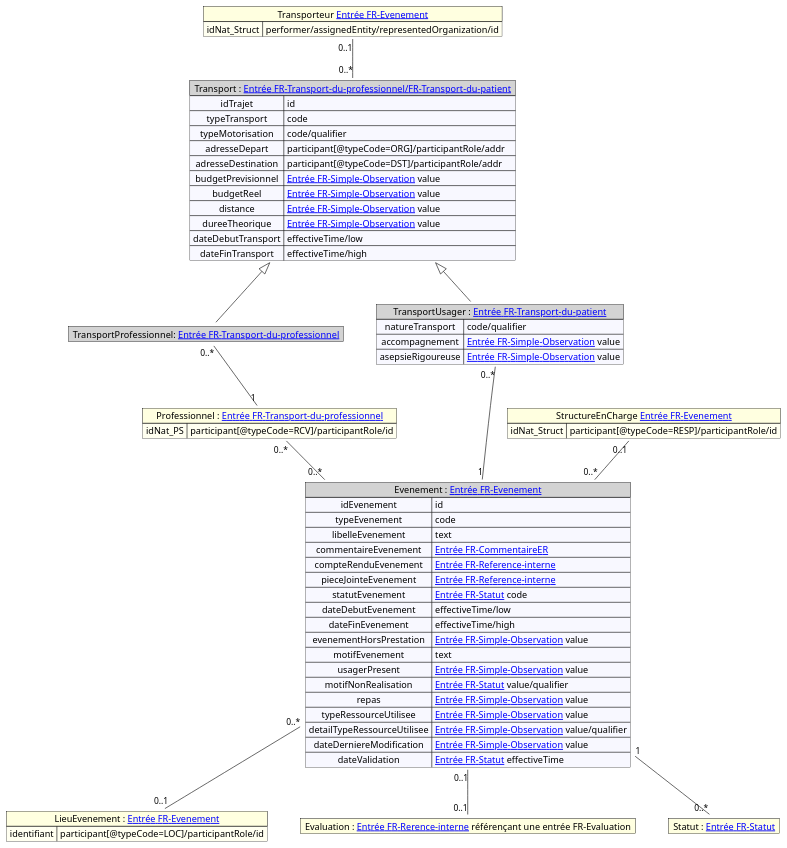
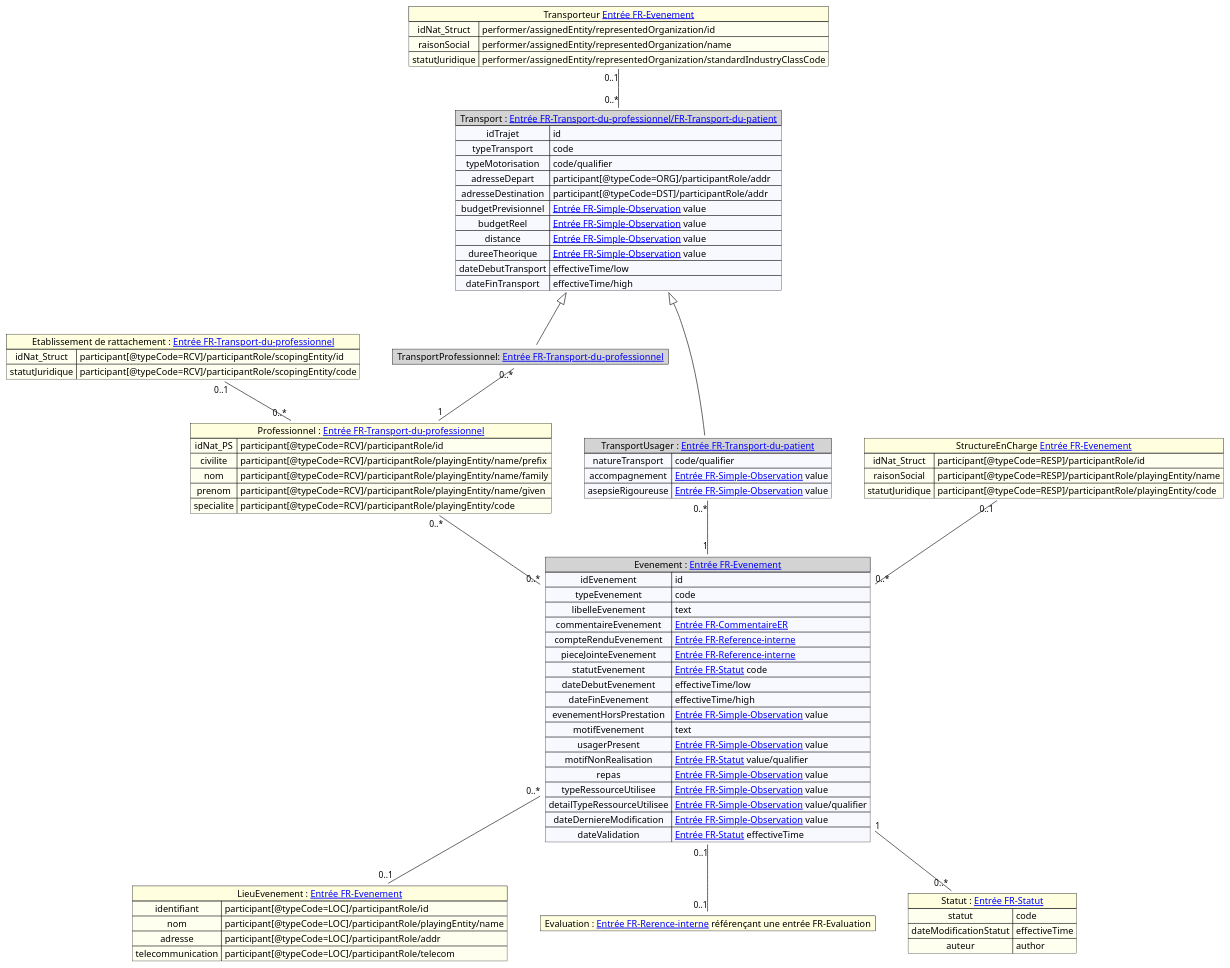
Before and after one commit to ansforge/IG-fhir-transfert-donnees-dui-esms: the diagram in input/images-source/mapping_evenement.plantuml, drawn with PlantUML. The commit also changed 7 other files, not shown here.

```diff
--- a/input/images-source/mapping_evenement.plantuml
+++ b/input/images-source/mapping_evenement.plantuml
@@ -1,86 +1,106 @@
 @startuml
 
 
 map "Evenement : [[contenu_dossier_corps_cda.html Entrée FR-Evenement]]" as Evenement #back:ghostWhite;header:LightGray {
     idEvenement => id
     typeEvenement => code
     libelleEvenement => text
     commentaireEvenement => [[contenu_dossier_corps_cda.html Entrée FR-CommentaireER]]
     compteRenduEvenement => [[contenu_dossier_corps_cda.html Entrée FR-Reference-interne]]
     pieceJointeEvenement => [[contenu_dossier_corps_cda.html Entrée FR-Reference-interne]]
     statutEvenement => [[contenu_dossier_corps_cda.html Entrée FR-Statut]] code
     dateDebutEvenement => effectiveTime/low
     dateFinEvenement => effectiveTime/high
     evenementHorsPrestation => [[contenu_dossier_corps_cda.html Entrée FR-Simple-Observation]] value
     motifEvenement => text
     usagerPresent => [[contenu_dossier_corps_cda.html Entrée FR-Simple-Observation]] value
     motifNonRealisation => [[contenu_dossier_corps_cda.html Entrée FR-Statut]] value/qualifier 
     repas => [[contenu_dossier_corps_cda.html Entrée FR-Simple-Observation]] value
     typeRessourceUtilisee => [[contenu_dossier_corps_cda.html Entrée FR-Simple-Observation]] value
     detailTypeRessourceUtilisee => [[contenu_dossier_corps_cda.html Entrée FR-Simple-Observation]] value/qualifier
     dateDerniereModification => [[contenu_dossier_corps_cda.html Entrée FR-Simple-Observation]] value
     dateValidation => [[contenu_dossier_corps_cda.html Entrée FR-Statut]] effectiveTime
 }
 map "Transport : [[contenu_dossier_corps_cda.html Entrée FR-Transport-du-professionnel/FR-Transport-du-patient]]" as Transport#back:ghostWhite;header:LightGray {
     idTrajet => id
     typeTransport => code
     typeMotorisation => code/qualifier
     adresseDepart => participant[@typeCode=ORG]/participantRole/addr
     adresseDestination => participant[@typeCode=DST]/participantRole/addr
     budgetPrevisionnel => [[contenu_dossier_corps_cda.html Entrée FR-Simple-Observation]] value
     budgetReel => [[contenu_dossier_corps_cda.html Entrée FR-Simple-Observation]] value
     distance => [[contenu_dossier_corps_cda.html Entrée FR-Simple-Observation]] value
     dureeTheorique => [[contenu_dossier_corps_cda.html Entrée FR-Simple-Observation]] value
     dateDebutTransport => effectiveTime/low
     dateFinTransport => effectiveTime/high
 
 }
 map "Professionnel : [[contenu_dossier_corps_cda.html Entrée FR-Transport-du-professionnel]]" as Professionnel #back:Ivory;header:LightYellow  {
-    idNat_PS => participant[@typeCode=RCV]/participantRole/id 
+    idNat_PS => participant[@typeCode=RCV]/participantRole/id
+    civilite => participant[@typeCode=RCV]/participantRole/playingEntity/name/prefix
+    nom => participant[@typeCode=RCV]/participantRole/playingEntity/name/family
+    prenom => participant[@typeCode=RCV]/participantRole/playingEntity/name/given
+    specialite => participant[@typeCode=RCV]/participantRole/playingEntity/code
+}
+
+map "Etablissement de rattachement : [[contenu_dossier_corps_cda.html Entrée FR-Transport-du-professionnel]]" as etablissementDeRattachement #back:Ivory;header:LightYellow {
+    idNat_Struct => participant[@typeCode=RCV]/participantRole/scopingEntity/id
+    statutJuridique => participant[@typeCode=RCV]/participantRole/scopingEntity/code
 }
 
 map "Transporteur [[contenu_dossier_corps_cda.html Entrée FR-Evenement]]" as transporteur #back:Ivory;header:LightYellow  {
     idNat_Struct => performer/assignedEntity/representedOrganization/id
+    raisonSocial => performer/assignedEntity/representedOrganization/name
+    statutJuridique =>  performer/assignedEntity/representedOrganization/standardIndustryClassCode
 }
 
 map "StructureEnCharge [[contenu_dossier_corps_cda.html Entrée FR-Evenement]]" as structureEnCharge #back:Ivory;header:LightYellow  {
     idNat_Struct => participant[@typeCode=RESP]/participantRole/id
+    raisonSocial => participant[@typeCode=RESP]/participantRole/playingEntity/name
+    statutJuridique => participant[@typeCode=RESP]/participantRole/playingEntity/code
 }
 
 
 map "TransportProfessionnel: [[contenu_dossier_corps_cda.html Entrée FR-Transport-du-professionnel]]" as TransportPro#back:ghostWhite;header:LightGray {
 }
 
 
 
 map "TransportUsager : [[contenu_dossier_corps_cda.html Entrée FR-Transport-du-patient]]" as TransportUsager#back:ghostWhite;header:LightGray {
     natureTransport => code/qualifier
     accompagnement => [[contenu_dossier_corps_cda.html Entrée FR-Simple-Observation]] value
     asepsieRigoureuse => [[contenu_dossier_corps_cda.html Entrée FR-Simple-Observation]] value
 }
 
 map "LieuEvenement : [[contenu_dossier_corps_cda.html Entrée FR-Evenement]]" as Lieu #back:Ivory;header:LightYellow  {
     identifiant => participant[@typeCode=LOC]/participantRole/id    
- 
+    nom => participant[@typeCode=LOC]/participantRole/playingEntity/name
+    adresse => participant[@typeCode=LOC]/participantRole/addr
+    telecommunication => participant[@typeCode=LOC]/participantRole/telecom 
 }
 
 map "Evaluation : [[contenu_dossier_corps_cda.html Entrée FR-Rerence-interne]] référençant une entrée FR-Evaluation" as Evaluation #back:Ivory;header:LightYellow {
 }
 
-map "Statut : [[contenu_dossier_corps_cda.html Entrée FR-Statut]]" as statut #back:Ivory;header:LightYellow {
+map "Statut : [[contenu_dossier_corps_cda.html Entrée FR-Statut]]" as Statut #back:Ivory;header:LightYellow{
+    statut => code
+    dateModificationStatut => effectiveTime
+    auteur => author
 }
 
 
 Evenement "0..*" -- "0..1" Lieu  
 Professionnel "0..*" -- "0..*" Evenement
 structureEnCharge "0..1" -- "0..*" Evenement
 Transport <|-- TransportPro
 Transport <|-- TransportUsager
 TransportUsager "0..*" -- "1" Evenement
 TransportPro "0..*" -- "1" Professionnel
 Evenement "0..1" -- "0..1" Evaluation
-Evenement "1" -- "0..*" statut
+Evenement "1" -- "0..*" Statut
 transporteur "0..1" -- "0..*" Transport
+etablissementDeRattachement "0..1" -- "0..*" Professionnel
+
 
 
 @enduml
```
